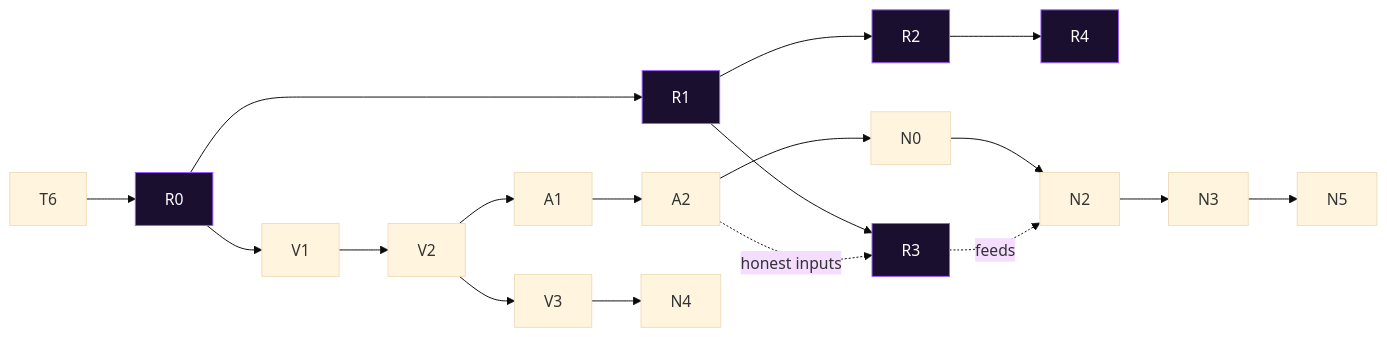
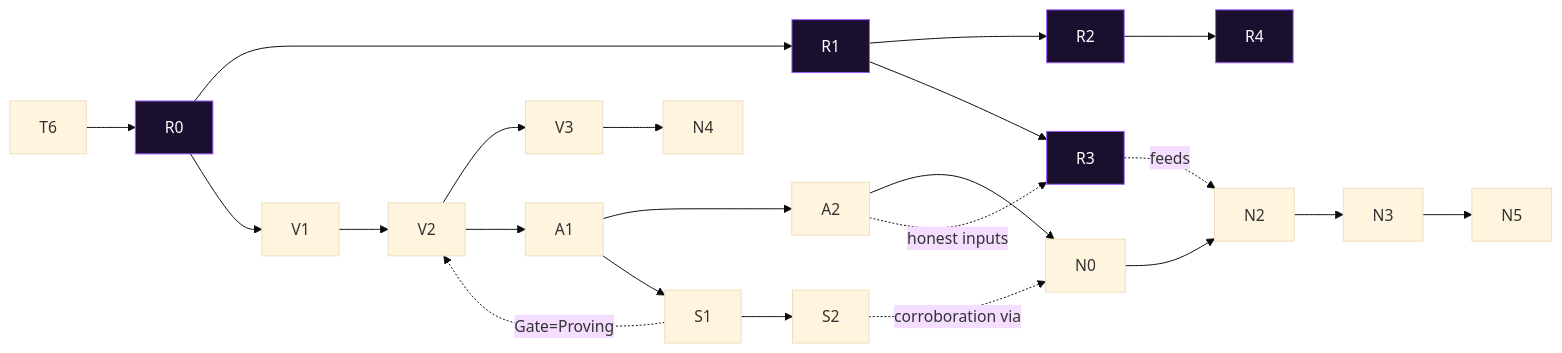
One commit to AndreMoodley/thenos changed the tenth of 11 diagrams in docs/MASTER_BLUEPRINT.md. Above: the diagram before and after it, drawn with Mermaid (base theme). The commit also changed other lines of this file and 5 other files, not shown here.

````diff
--- a/docs/MASTER_BLUEPRINT.md
+++ b/docs/MASTER_BLUEPRINT.md
@@ -458,14 +462,17 @@
 ```mermaid
 flowchart LR
   T6 --> R0
   R0 --> R1 --> R2 --> R4
   R0 --> V1 --> V2 --> V3
   R1 --> R3
   V2 --> A1 --> A2 --> N0 --> N2 --> N3
+  A1 --> S1 --> S2
   V3 --> N4
   N3 --> N5
   R3 -.feeds.-> N2
   A2 -.honest inputs.-> R3
+  S2 -.corroboration via.-> N0
+  S1 -.Gate=Proving.-> V2
   classDef now fill:#1a0f2e,stroke:#9b5cff,color:#fff;
   class R0,R1,R2,R3,R4 now;
 ```
````
